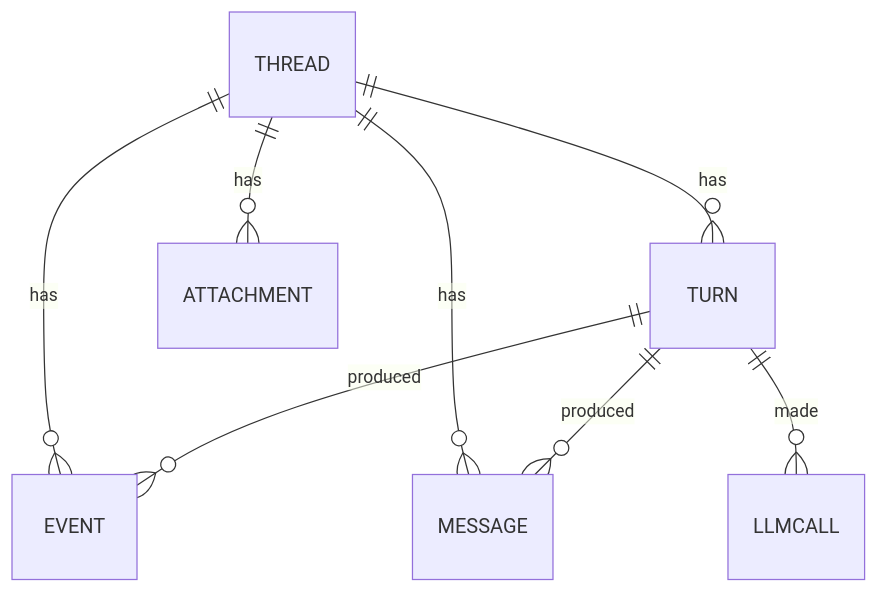
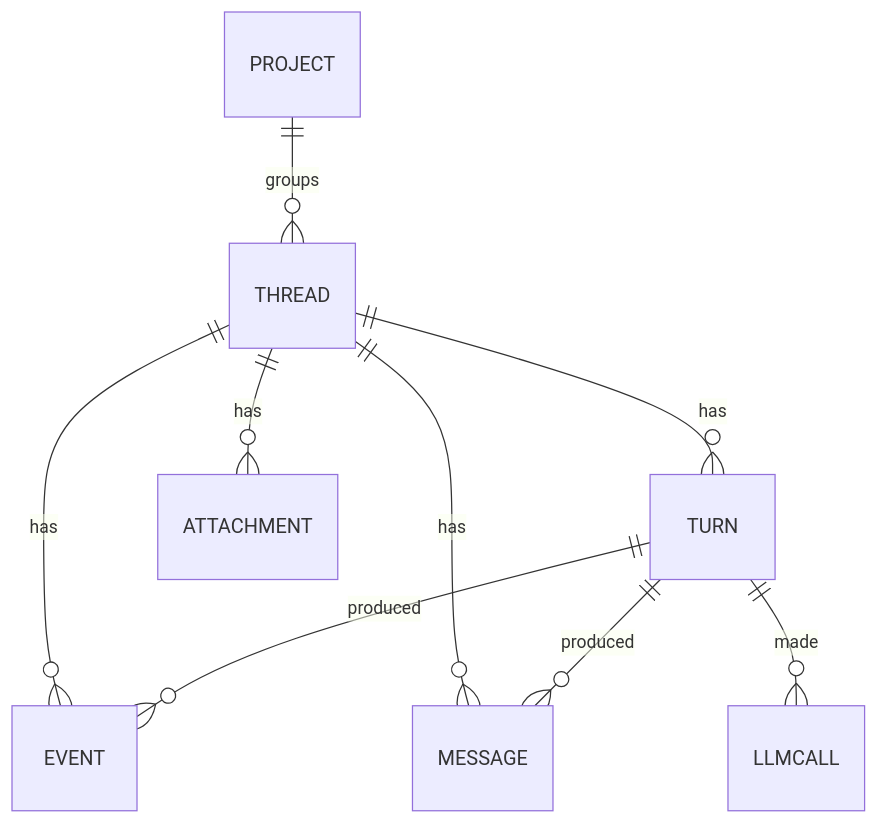
One commit to LubyRuffy/eino-swarm changed the diagram in docs/DATA_MODEL.md. Above: the diagram before and after it, drawn with Mermaid. The commit also changed other lines of this file and 117 other files, not shown here.

````diff
--- a/docs/DATA_MODEL.md
+++ b/docs/DATA_MODEL.md
@@ -20,10 +20,11 @@
 ```mermaid
 erDiagram
+  PROJECT ||--o{ THREAD : groups
   THREAD ||--o{ TURN : has
   THREAD ||--o{ MESSAGE : has
   THREAD ||--o{ EVENT : has
   THREAD ||--o{ ATTACHMENT : has
   TURN ||--o{ EVENT : produced
   TURN ||--o{ MESSAGE : produced
   TURN ||--o{ LLMCALL : made
 ```
````
